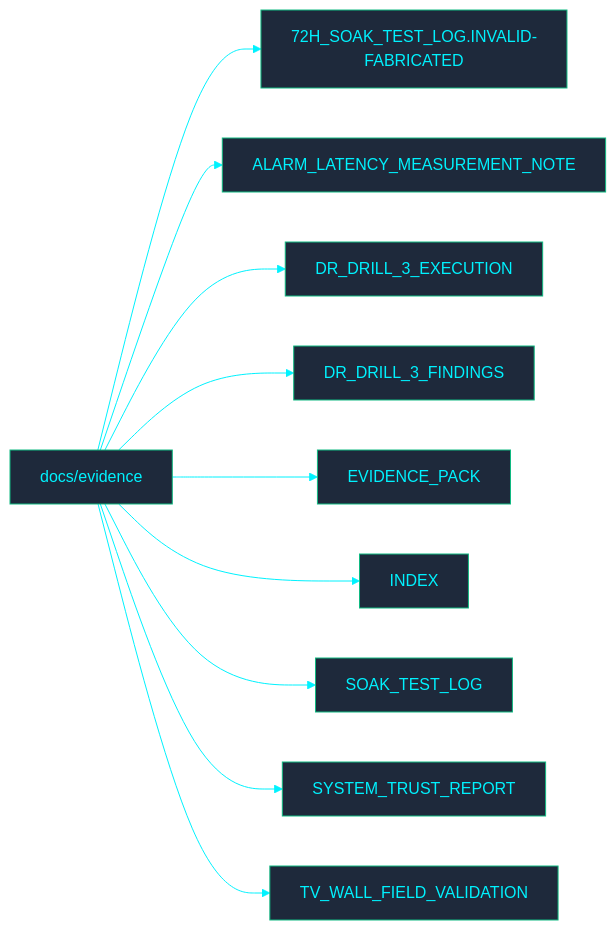
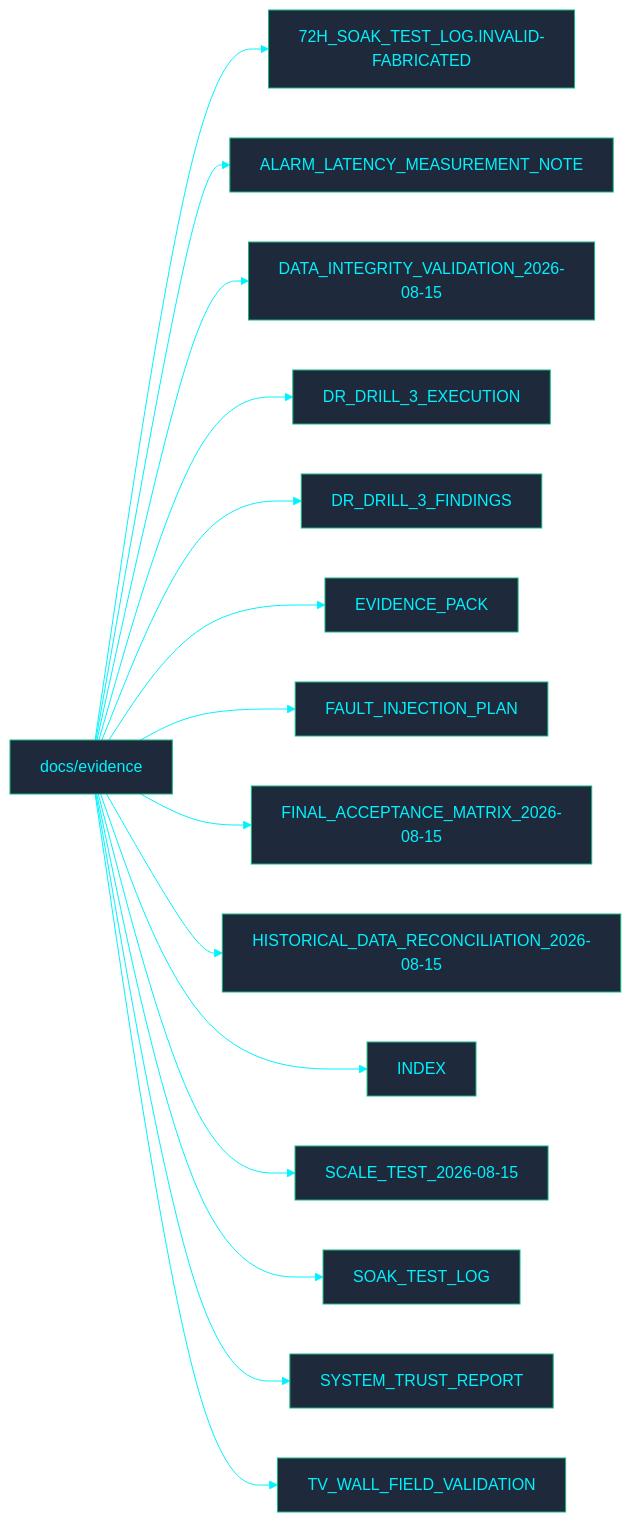
One commit to PATTANAKORN025/IMS changed the diagram in docs/evidence/README.md. Above: the diagram before and after it, drawn with Mermaid. The commit also changed other lines of this file and 21 other files, not shown here.

````diff
--- a/docs/evidence/README.md
+++ b/docs/evidence/README.md
@@ -7,14 +7,19 @@
 ```mermaid
 %%{init: {'theme': 'base', 'themeVariables': { 'primaryColor': '#1e293b', 'primaryTextColor': '#00F2FE', 'primaryBorderColor': '#10B981', 'lineColor': '#00F2FE', 'secondaryColor': '#0f172a', 'tertiaryColor': '#0f172a', 'clusterBkg': '#030407', 'clusterBorder': '#00F2FE'}}}%%
 flowchart LR
   ROOT["docs/evidence"]
   ROOT --> F0["72H_SOAK_TEST_LOG.INVALID-FABRICATED"]
   ROOT --> F1["ALARM_LATENCY_MEASUREMENT_NOTE"]
-  ROOT --> F2["DR_DRILL_3_EXECUTION"]
-  ROOT --> F3["DR_DRILL_3_FINDINGS"]
-  ROOT --> F4["EVIDENCE_PACK"]
-  ROOT --> F5["INDEX"]
-  ROOT --> F6["SOAK_TEST_LOG"]
-  ROOT --> F7["SYSTEM_TRUST_REPORT"]
-  ROOT --> F8["TV_WALL_FIELD_VALIDATION"]
+  ROOT --> F2["DATA_INTEGRITY_VALIDATION_2026-08-15"]
+  ROOT --> F3["DR_DRILL_3_EXECUTION"]
+  ROOT --> F4["DR_DRILL_3_FINDINGS"]
+  ROOT --> F5["EVIDENCE_PACK"]
+  ROOT --> F6["FAULT_INJECTION_PLAN"]
+  ROOT --> F7["FINAL_ACCEPTANCE_MATRIX_2026-08-15"]
+  ROOT --> F8["HISTORICAL_DATA_RECONCILIATION_2026-08-15"]
+  ROOT --> F9["INDEX"]
+  ROOT --> F10["SCALE_TEST_2026-08-15"]
+  ROOT --> F11["SOAK_TEST_LOG"]
+  ROOT --> F12["SYSTEM_TRUST_REPORT"]
+  ROOT --> F13["TV_WALL_FIELD_VALIDATION"]
 ```
````
